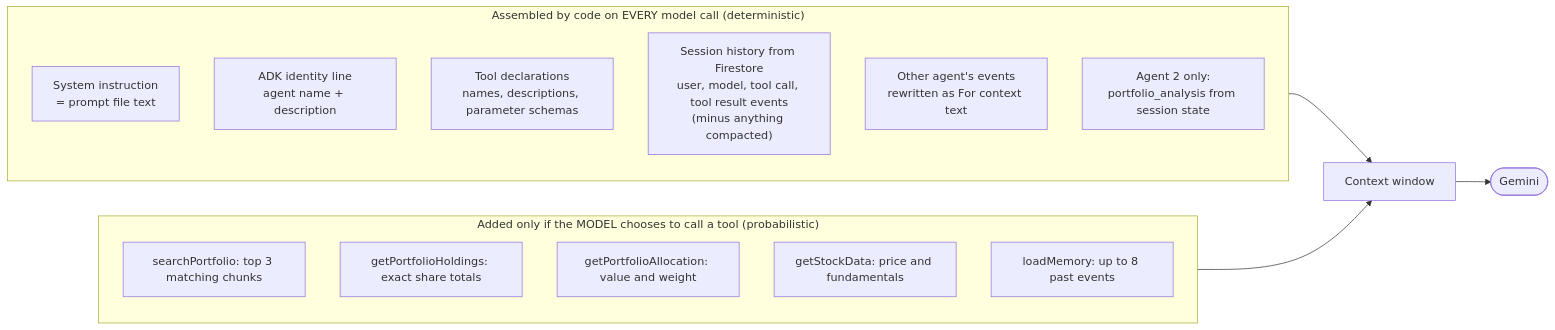
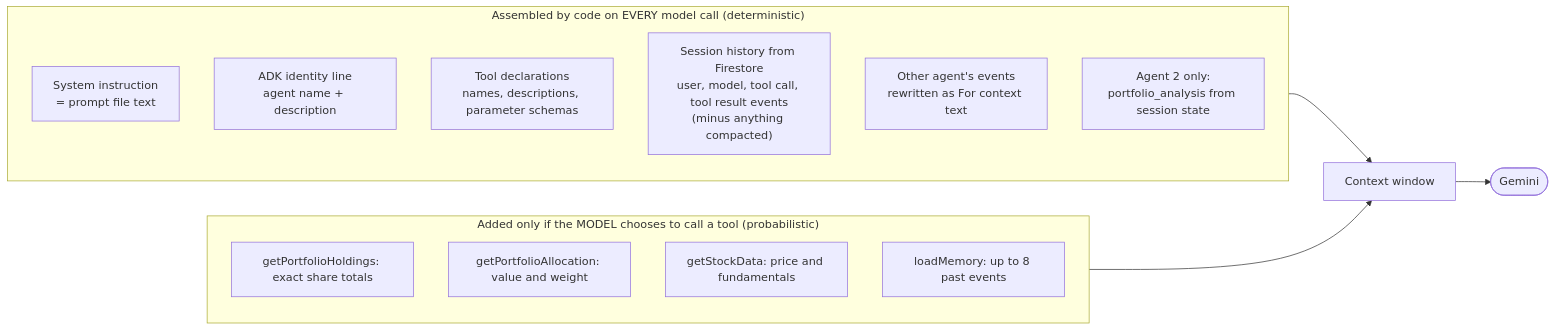
One commit to Akash-repo/wealth-advisor changed diagram 12 of 12 in Routing.md. Above: the diagram before and after it, drawn with Mermaid. The commit also changed other lines of this file and 2 other files, not shown here.

````diff
--- a/Routing.md
+++ b/Routing.md
@@ -548,25 +537,24 @@
 ```mermaid
 flowchart LR
     subgraph DET["Assembled by code on EVERY model call (deterministic)"]
         direction TB
         D1["System instruction<br/>= prompt file text"]
         D2["ADK identity line<br/>agent name + description"]
         D3["Tool declarations<br/>names, descriptions, parameter schemas"]
         D4["Session history from Firestore<br/>user, model, tool call, tool result events<br/>(minus anything compacted)"]
         D5["Other agent's events<br/>rewritten as For context text"]
         D6["Agent 2 only:<br/>portfolio_analysis from session state"]
     end
 
     subgraph PROB["Added only if the MODEL chooses to call a tool (probabilistic)"]
         direction TB
-        P1["searchPortfolio: top 3 matching chunks"]
         P2["getPortfolioHoldings: exact share totals"]
         P3["getPortfolioAllocation: value and weight"]
         P4["getStockData: price and fundamentals"]
         P5["loadMemory: up to 8 past events"]
     end
 
     DET --> CTX["Context window"]
     PROB --> CTX
     CTX --> GEM(["Gemini"])
 ```
````
